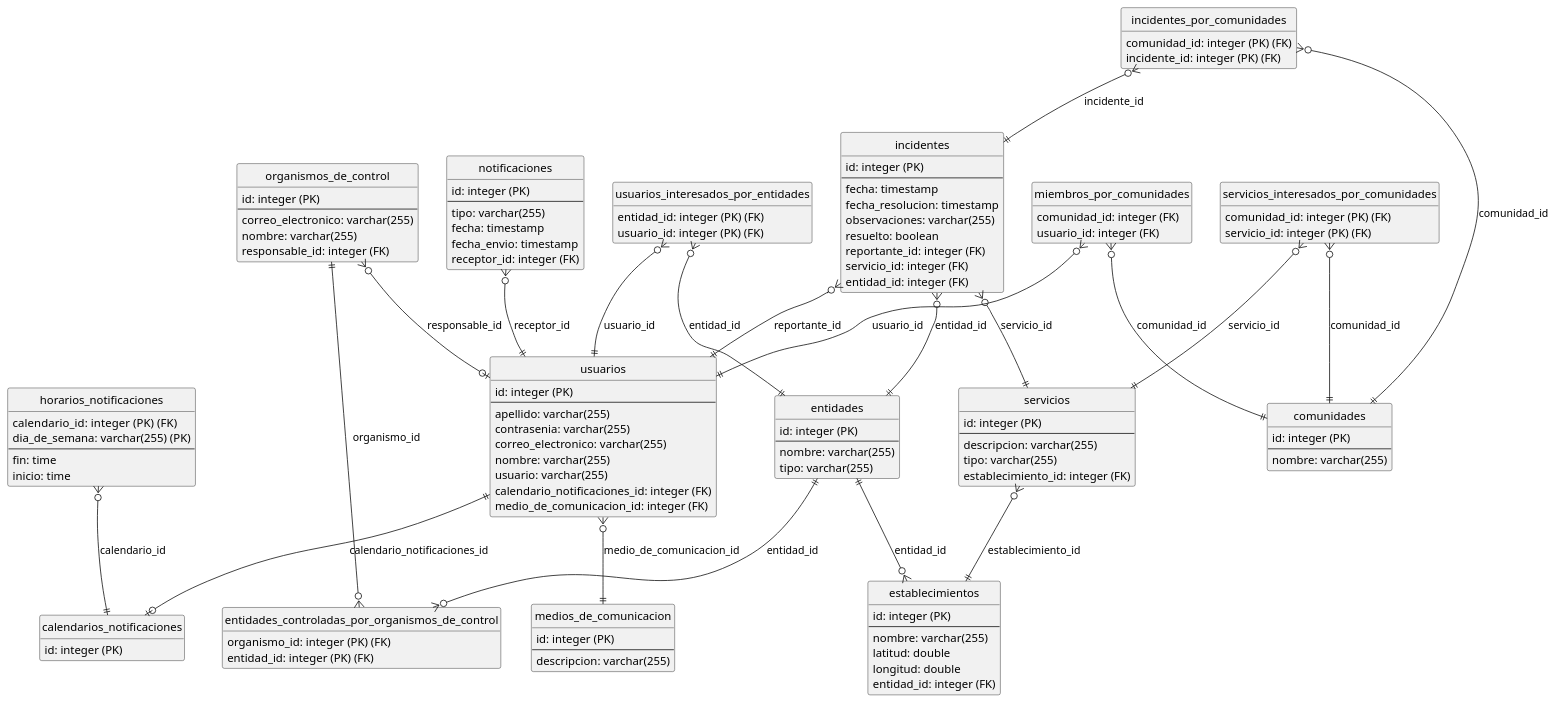
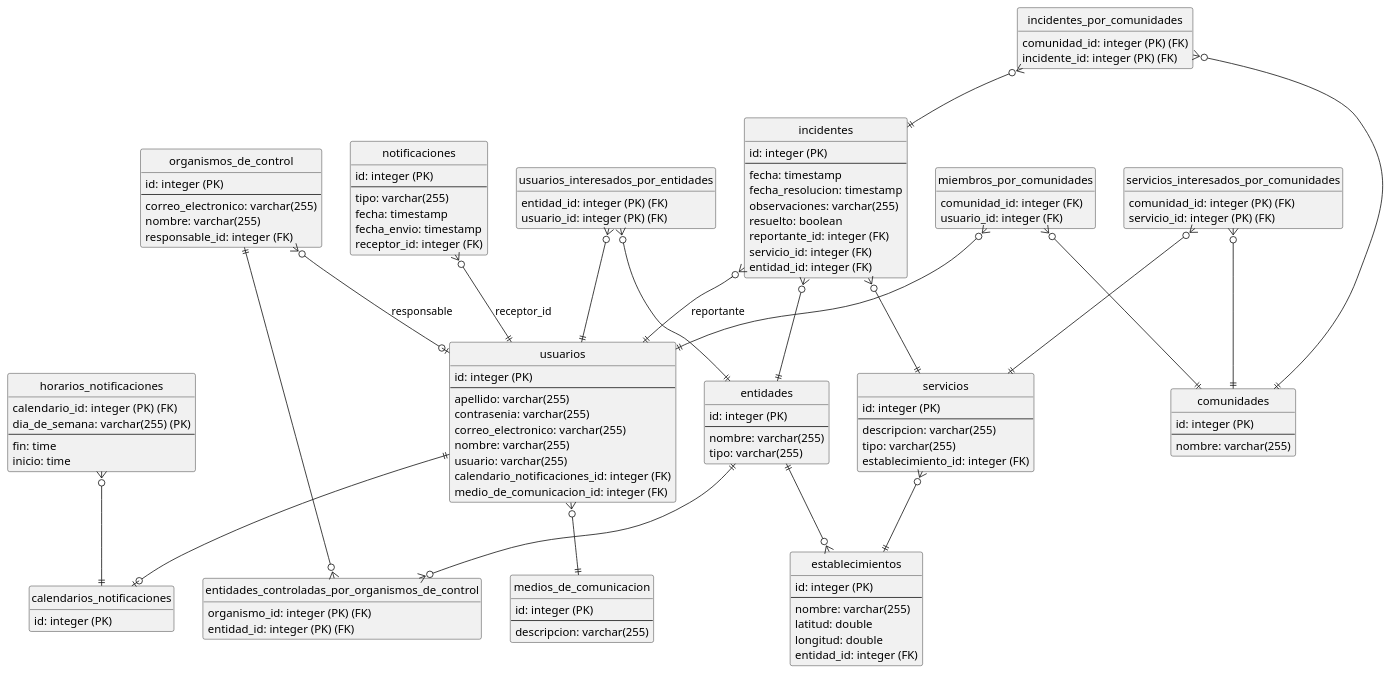
The diagram in docs/entrega-4/DER.puml (ValenAquino/tp-dds-2023), drawn with PlantUML before and after one commit.

Commit message:
chore(DER): Remover aclaraciones de id redundantes

```diff
--- a/docs/entrega-4/DER.puml
+++ b/docs/entrega-4/DER.puml
@@ -1,141 +1,141 @@
 @startuml
 
 hide circle
 hide empty members
 
 ENTITY calendarios_notificaciones {
   id: integer (PK)
 }
 
 ENTITY comunidades {
   id: integer (PK)
   --
   nombre: varchar(255)
 }
 
 ENTITY entidades {
   id: integer (PK)
   --
   nombre: varchar(255)
   tipo: varchar(255)
 }
 
 ENTITY entidades_controladas_por_organismos_de_control {
   organismo_id: integer (PK) (FK)
   entidad_id: integer (PK) (FK)
 }
 
 ENTITY establecimientos {
   id: integer (PK)
   --
   nombre: varchar(255)
   latitud: double
   longitud: double
   entidad_id: integer (FK)
 }
 
 ENTITY horarios_notificaciones {
   calendario_id: integer  (PK) (FK)
   dia_de_semana: varchar(255) (PK)
   --
   fin: time
   inicio: time
 }
 
 ENTITY incidentes {
   id: integer (PK)
   --
   fecha: timestamp
   fecha_resolucion: timestamp
   observaciones: varchar(255)
   resuelto: boolean
   reportante_id: integer (FK)
   servicio_id: integer (FK)
   entidad_id: integer (FK)
 }
 
 ENTITY incidentes_por_comunidades {
   comunidad_id: integer (PK) (FK)
   incidente_id: integer (PK) (FK)
 }
 
 ENTITY medios_de_comunicacion {
   id: integer (PK)
   --
   descripcion: varchar(255)
 }
 
 ENTITY miembros_por_comunidades {
   comunidad_id: integer (FK)
   usuario_id: integer (FK)
 }
 
 ENTITY notificaciones {
   id: integer (PK)
   --
   tipo: varchar(255)
   fecha: timestamp
   fecha_envio: timestamp
   receptor_id: integer (FK)
 }
 
 ENTITY organismos_de_control {
   id: integer (PK)
   --
   correo_electronico: varchar(255)
   nombre: varchar(255)
   responsable_id: integer (FK)
 }
 
 ENTITY servicios {
   id: integer (PK)
   --
   descripcion: varchar(255)
   tipo: varchar(255)
   establecimiento_id: integer (FK)
 }
 
 ENTITY servicios_interesados_por_comunidades {
   comunidad_id: integer (PK) (FK)
   servicio_id: integer (PK) (FK)
 }
 
 ENTITY usuarios {
   id: integer (PK)
   --
   apellido: varchar(255)
   contrasenia: varchar(255)
   correo_electronico: varchar(255)
   nombre: varchar(255)
   usuario: varchar(255)
   calendario_notificaciones_id: integer (FK)
   medio_de_comunicacion_id: integer (FK)
 }
 
 ENTITY usuarios_interesados_por_entidades {
   entidad_id: integer (PK) (FK)
   usuario_id: integer (PK) (FK)
 }
 
-organismos_de_control ||--o{ entidades_controladas_por_organismos_de_control : organismo_id
-entidades ||--o{ entidades_controladas_por_organismos_de_control : entidad_id
-entidades ||--o{ establecimientos : entidad_id
-horarios_notificaciones }o--|| calendarios_notificaciones : calendario_id
-incidentes }o--|| usuarios : reportante_id
-incidentes }o--|| servicios : servicio_id
-incidentes }o--|| entidades : entidad_id
-incidentes_por_comunidades }o--|| comunidades : comunidad_id
-incidentes_por_comunidades }o--|| incidentes : incidente_id
-miembros_por_comunidades }o--|| usuarios : usuario_id
-miembros_por_comunidades }o--|| comunidades : comunidad_id
+organismos_de_control ||--o{ entidades_controladas_por_organismos_de_control
+entidades ||--o{ entidades_controladas_por_organismos_de_control
+entidades ||--o{ establecimientos
+horarios_notificaciones }o--|| calendarios_notificaciones
+incidentes }o--|| usuarios : reportante
+incidentes }o--|| servicios
+incidentes }o--|| entidades
+incidentes_por_comunidades }o--|| comunidades
+incidentes_por_comunidades }o--|| incidentes
+miembros_por_comunidades }o--|| usuarios 
+miembros_por_comunidades }o--|| comunidades
 notificaciones }o--|| usuarios : receptor_id
-organismos_de_control }o--o| usuarios : responsable_id
-servicios }o--|| establecimientos : establecimiento_id
-servicios_interesados_por_comunidades }o--|| comunidades : comunidad_id
-servicios_interesados_por_comunidades }o--|| servicios : servicio_id
-usuarios ||--o| calendarios_notificaciones : calendario_notificaciones_id
-usuarios }o--|| medios_de_comunicacion : medio_de_comunicacion_id
-usuarios_interesados_por_entidades }o--|| entidades : entidad_id
-usuarios_interesados_por_entidades }o--|| usuarios : usuario_id
+organismos_de_control }o--o| usuarios : responsable
+servicios }o--|| establecimientos
+servicios_interesados_por_comunidades }o--|| comunidades
+servicios_interesados_por_comunidades }o--|| servicios
+usuarios ||--o| calendarios_notificaciones
+usuarios }o--|| medios_de_comunicacion
+usuarios_interesados_por_entidades }o--|| entidades
+usuarios_interesados_por_entidades }o--|| usuarios 
 
 @enduml
```
